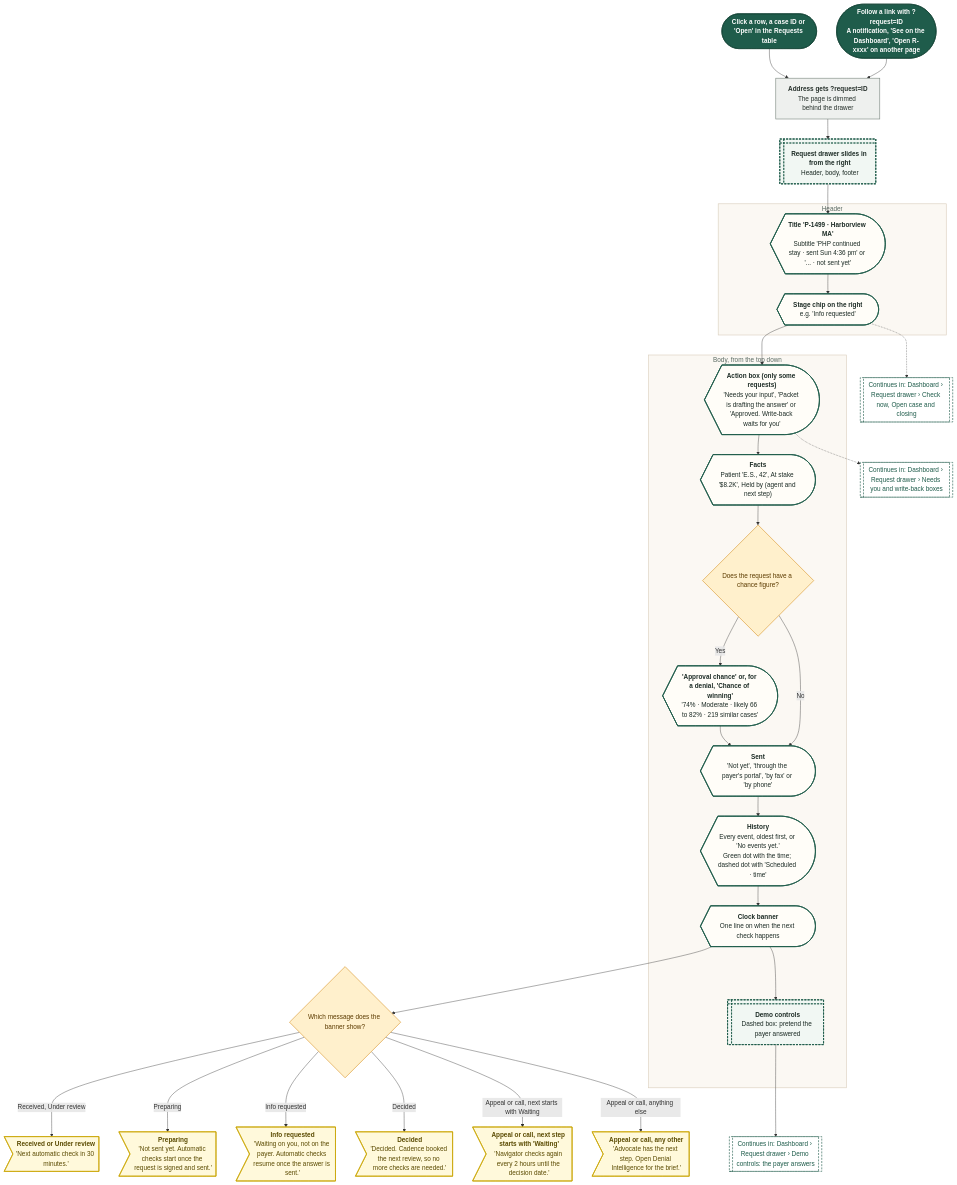
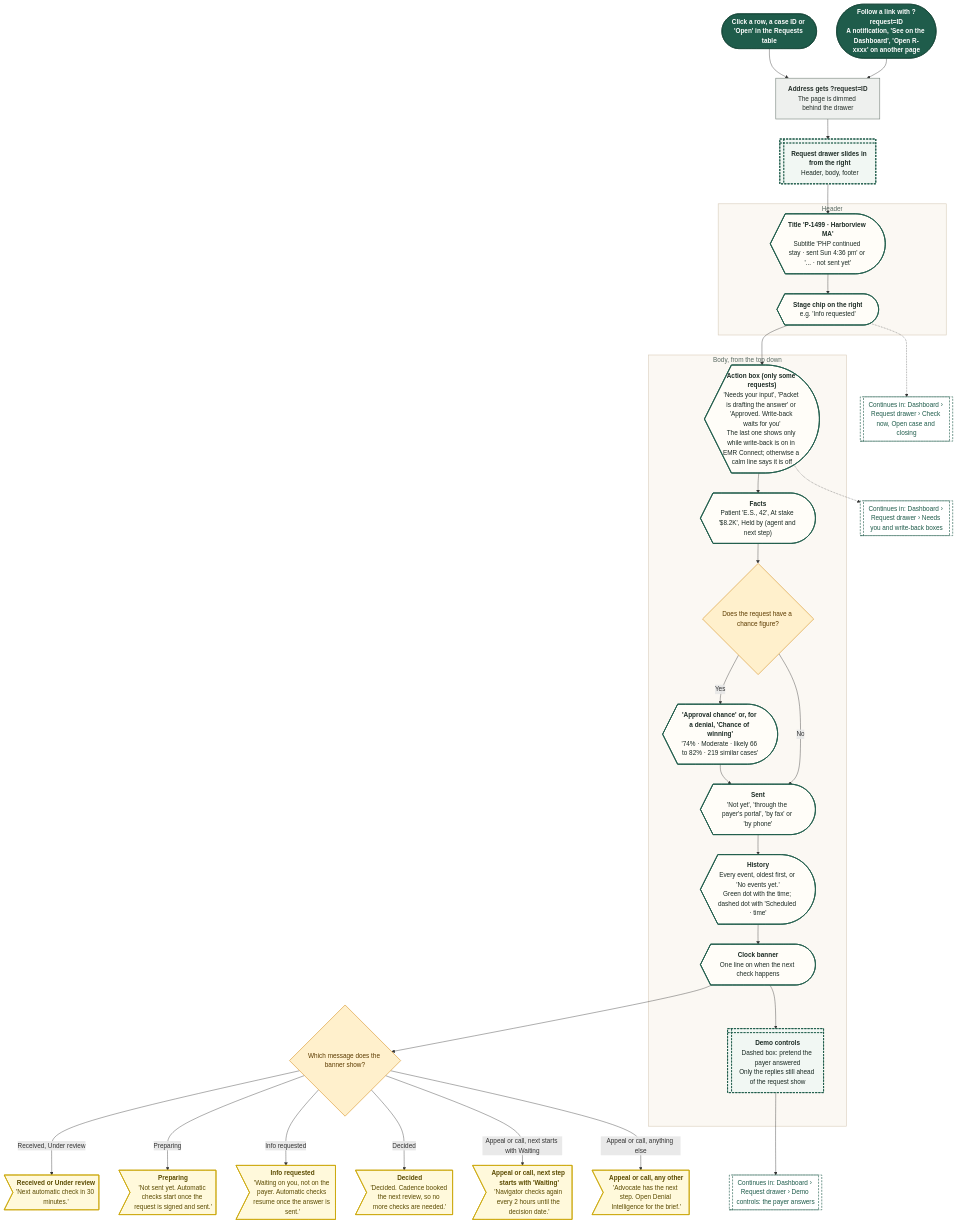
One commit to Shrav143/psyfloapp changed diagram 12 of 19 in demos/prior-auth-demo/workflows/out/md/02-dashboard.md. Above: the diagram before and after it, drawn with Mermaid. The commit also changed other lines of this file and 195 other files, not shown here.

First line of the commit message:
docs: Rebuild workflow diagrams after the demo fixes (220 diagrams)

````diff
--- a/demos/prior-auth-demo/workflows/out/md/02-dashboard.md
+++ b/demos/prior-auth-demo/workflows/out/md/02-dashboard.md
@@ -791,74 +886,74 @@
 ```mermaid
 %%{init: {"theme":"base","themeVariables":{"fontFamily":"'DM Sans', 'Segoe UI', system-ui, sans-serif","fontSize":"15px","lineColor":"#5B6B63","primaryTextColor":"#1C2B25","clusterBkg":"#FBF8F3","clusterBorder":"#D9CDBB","edgeLabelBackground":"#FFFFFF"},"flowchart":{"curve":"basis","nodeSpacing":36,"rankSpacing":48,"padding":12,"htmlLabels":true,"useMaxWidth":false,"wrappingWidth":230}} }%%
 flowchart TD
   classDef k_start fill:#1F5C4B,stroke:#174638,color:#FFFFFF,stroke-width:1.5px,font-weight:600
   classDef k_end fill:#DDEFE3,stroke:#2E7D4F,color:#14502F,stroke-width:1.5px,font-weight:600
   classDef k_endx fill:#FBE3E0,stroke:#C0392B,color:#7A1F16,stroke-width:1.5px,font-weight:600
   classDef k_screen fill:#FFFDF8,stroke:#1F5C4B,color:#1C2B25,stroke-width:2px
   classDef k_overlay fill:#F1F7F3,stroke:#1F5C4B,color:#1C2B25,stroke-width:2px,stroke-dasharray:5 3
   classDef k_click fill:#DCEBFA,stroke:#2F6DB5,color:#12365F,stroke-width:1.5px
   classDef k_input fill:#E4E7FF,stroke:#4C5FD5,color:#1D2670,stroke-width:1.5px
   classDef k_process fill:#EEF0EE,stroke:#7A857F,color:#26302B,stroke-width:1.5px
   classDef k_agent fill:#EEE5FA,stroke:#7A4FC2,color:#341A63,stroke-width:1.5px
   classDef k_decision fill:#FFF0CC,stroke:#D9962B,color:#5C3B00,stroke-width:1.5px
   classDef k_store fill:#D5F0EA,stroke:#1C8E7B,color:#0B4A3F,stroke-width:1.5px
   classDef k_doc fill:#F6E9DC,stroke:#B07A4C,color:#4A2E14,stroke-width:1.5px
   classDef k_ext fill:#FFE6D2,stroke:#E07B39,color:#6B2F06,stroke-width:1.5px
   classDef k_wait fill:#E4E8EE,stroke:#6B7C93,color:#26303D,stroke-width:1.5px
   classDef k_toast fill:#FFF9DB,stroke:#C9A400,color:#5A4A00,stroke-width:1.5px
   classDef k_goto fill:#FFFFFF,stroke:#1F5C4B,color:#1F5C4B,stroke-width:1.5px,stroke-dasharray:5 3
   s1@{ shape: stadium, label: "Click a row, a case ID or 'Open' in the Requests table" }
   s2@{ shape: stadium, label: "<b>Follow a link with ?request=ID</b><br/>A notification, 'See on the Dashboard', 'Open R-xxxx' on another page" }
   p1@{ shape: rect, label: "<b>Address gets ?request=ID</b><br/>The page is dimmed behind the drawer" }
   o1@{ shape: win-pane, label: "<b>Request drawer slides in from the right</b><br/>Header, body, footer" }
   subgraph gHead ["Header"]
   h1@{ shape: curv-trap, label: "<b>Title 'P-1499 · Harborview MA'</b><br/>Subtitle 'PHP continued stay · sent Sun 4:36 pm' or '... · not sent yet'" }
   h2@{ shape: curv-trap, label: "<b>Stage chip on the right</b><br/>e.g. 'Info requested'" }
   end
   subgraph gBody ["Body, from the top down"]
-  b1@{ shape: curv-trap, label: "<b>Action box (only some requests)</b><br/>'Needs your input', 'Packet is drafting the answer' or 'Approved. Write-back waits for you'" }
+  b1@{ shape: curv-trap, label: "<b>Action box (only some requests)</b><br/>'Needs your input', 'Packet is drafting the answer' or 'Approved. Write-back waits for you'<br/>The last one shows only while write-back is on in EMR Connect; otherwise a calm line says it is off" }
   b2@{ shape: curv-trap, label: "<b>Facts</b><br/>Patient 'E.S., 42', At stake '$8.2K', Held by (agent and next step)" }
   d1@{ shape: diam, label: "Does the request have a chance figure?" }
   b3@{ shape: curv-trap, label: "<b>'Approval chance' or, for a denial, 'Chance of winning'</b><br/>'74% · Moderate · likely 66 to 82% · 219 similar cases'" }
   b4@{ shape: curv-trap, label: "<b>Sent</b><br/>'Not yet', 'through the payer's portal', 'by fax' or 'by phone'" }
   b5@{ shape: curv-trap, label: "<b>History</b><br/>Every event, oldest first, or 'No events yet.'<br/>Green dot with the time; dashed dot with 'Scheduled · time'" }
   b6@{ shape: curv-trap, label: "<b>Clock banner</b><br/>One line on when the next check happens" }
-  b7@{ shape: win-pane, label: "<b>Demo controls</b><br/>Dashed box: pretend the payer answered" }
+  b7@{ shape: win-pane, label: "<b>Demo controls</b><br/>Dashed box: pretend the payer answered<br/>Only the replies still ahead of the request show" }
   end
   d2@{ shape: diam, label: "Which message does the banner show?" }
   m1@{ shape: odd, label: "<b>Received or Under review</b><br/>'Next automatic check in 30 minutes.'" }
   m2@{ shape: odd, label: "<b>Preparing</b><br/>'Not sent yet. Automatic checks start once the request is signed and sent.'" }
   m3@{ shape: odd, label: "<b>Info requested</b><br/>'Waiting on you, not on the payer. Automatic checks resume once the answer is sent.'" }
   m4@{ shape: odd, label: "<b>Decided</b><br/>'Decided. Cadence booked the next review, so no more checks are needed.'" }
   m5@{ shape: odd, label: "<b>Appeal or call, next step starts with 'Waiting'</b><br/>'Navigator checks again every 2 hours until the decision date.'" }
   m6@{ shape: odd, label: "<b>Appeal or call, any other</b><br/>'Advocate has the next step. Open Denial Intelligence for the brief.'" }
   g1@{ shape: subproc, label: "Continues in: Dashboard › Request drawer › Needs you and write-back boxes" }
   g2@{ shape: subproc, label: "Continues in: Dashboard › Request drawer › Demo controls: the payer answers" }
   g3@{ shape: subproc, label: "Continues in: Dashboard › Request drawer › Check now, Open case and closing" }
   s1 --> p1
   s2 --> p1
   p1 --> o1 --> h1 --> h2
   h2 --> b1 --> b2 --> d1
   d1 -->|"Yes"| b3 --> b4
   d1 -->|"No"| b4
   b4 --> b5 --> b6 --> d2
   d2 -->|"Received, Under review"| m1
   d2 -->|"Preparing"| m2
   d2 -->|"Info requested"| m3
   d2 -->|"Decided"| m4
   d2 -->|"Appeal or call, next starts with Waiting"| m5
   d2 -->|"Appeal or call, anything else"| m6
   b6 --> b7
   b1 -.-> g1
   b7 --> g2
   h2 -.-> g3
   class s1,s2 k_start
   class p1 k_process
   class o1,b7 k_overlay
   class h1,h2,b1,b2,b3,b4,b5,b6 k_screen
   class d1,d2 k_decision
   class m1,m2,m3,m4,m5,m6 k_toast
   class g1,g2,g3 k_goto
   style gHead fill:#FBF8F3,stroke:#D9CDBB,stroke-width:1.5px,color:#5B6B63
   style gBody fill:#FBF8F3,stroke:#D9CDBB,stroke-width:1.5px,color:#5B6B63
 ```
````
